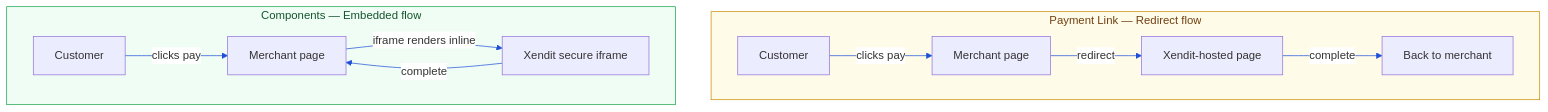
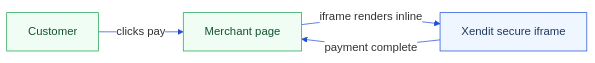
The second of 2 diagrams in content/03-integration-compared.md (sabiqovsky/clm-components-guide), drawn with Mermaid before and after one commit. The commit also changed other lines of this file and 3 other files, not shown here.

First line of the commit message:
fix: split multi-subgraph diagrams, fix dark bg via JS post-render

````diff
--- a/content/03-integration-compared.md
+++ b/content/03-integration-compared.md
@@ -17,20 +34,11 @@
 ```mermaid
 %%{init: {"theme": "default", "themeVariables": {"background": "#ffffff", "primaryColor": "#eff6ff", "primaryBorderColor": "#1d4ed8", "primaryTextColor": "#1e3a5f", "lineColor": "#1d4ed8", "edgeLabelBackground": "#ffffff", "fontSize": "16px"}}}%%
-flowchart TD
-    subgraph PL["Payment Link — Redirect flow"]
-        direction LR
-        A1["Customer"] -->|"clicks pay"| B1["Merchant page"]
-        B1 -->|"redirect"| C1["Xendit-hosted page"]
-        C1 -->|"complete"| D1["Back to merchant"]
-    end
+flowchart LR
+    A["Customer"] -->|"clicks pay"| B["Merchant page"]
+    B -->|"iframe renders inline"| C["Xendit secure iframe"]
+    C -->|"payment complete"| B
 
-    subgraph CO["Components — Embedded flow"]
-        direction LR
-        A2["Customer"] -->|"clicks pay"| B2["Merchant page"]
-        B2 -->|"iframe renders inline"| C2["Xendit secure iframe"]
-        C2 -->|"complete"| B2
-    end
-
-    style PL fill:#fefce8,stroke:#ca8a04,color:#713f12
-    style CO fill:#f0fdf4,stroke:#16a34a,color:#14532d
+    style A fill:#f0fdf4,stroke:#16a34a,color:#14532d
+    style B fill:#f0fdf4,stroke:#16a34a,color:#14532d
+    style C fill:#eff6ff,stroke:#1d4ed8,color:#1e3a5f
 ```
````
